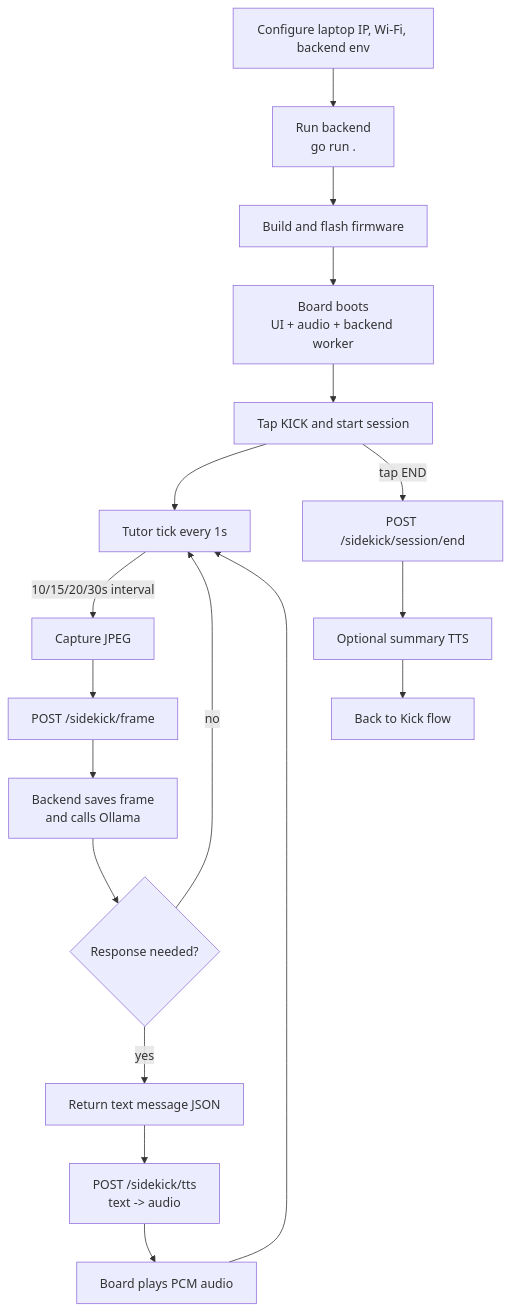
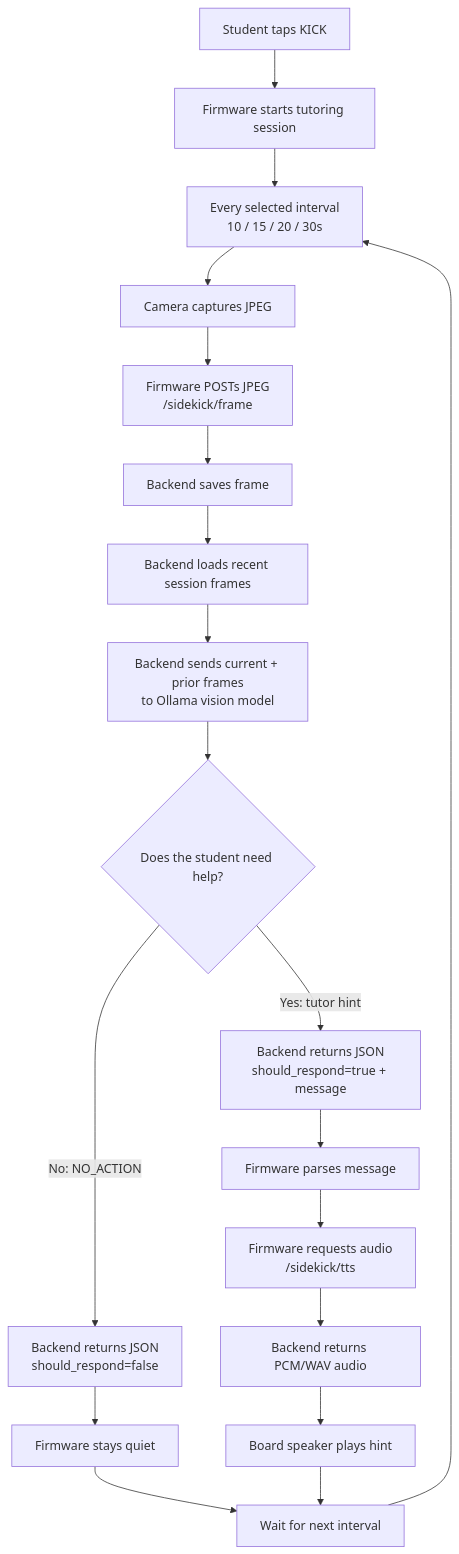
Before and after one commit to lifeadventurer/sidekick: the second of 2 diagrams in docs/sidekick-architecture.md, drawn with Mermaid. The commit also changed other lines of this file, not shown here.

Commit message:
simplify graph

````diff
--- a/docs/sidekick-architecture.md
+++ b/docs/sidekick-architecture.md
@@ -78,20 +40,25 @@
 ```mermaid
 flowchart TD
-    Setup["Configure laptop IP, Wi-Fi, backend env"] --> BackendRun["Run backend<br/>go run ."]
-    BackendRun --> BuildFlash["Build and flash firmware"]
-    BuildFlash --> Boot["Board boots<br/>UI + audio + backend worker"]
-    Boot --> Start["Tap KICK and start session"]
-    Start --> Tick["Tutor tick every 1s"]
-    Tick -->|10/15/20/30s interval| Capture["Capture JPEG"]
-    Capture --> Upload["POST /sidekick/frame"]
-    Upload --> Analyze["Backend saves frame<br/>and calls Ollama"]
-    Analyze --> Decision{"Response needed?"}
-    Decision -->|no| Tick
-    Decision -->|yes| Message["Return text message JSON"]
-    Message --> Speech["POST /sidekick/tts<br/>text -> audio"]
-    Speech --> Play["Board plays PCM audio"]
-    Play --> Tick
-    Start -->|tap END| Summary["POST /sidekick/session/end"]
-    Summary --> SummaryAudio["Optional summary TTS"]
-    SummaryAudio --> Done["Back to Kick flow"]
+    Start["Student taps KICK"] --> Timer["Firmware starts tutoring session"]
+    Timer --> Interval["Every selected interval<br/>10 / 15 / 20 / 30s"]
+    Interval --> Capture["Camera captures JPEG"]
+    Capture --> Upload["Firmware POSTs JPEG<br/>/sidekick/frame"]
+
+    Upload --> Save["Backend saves frame"]
+    Save --> Context["Backend loads recent session frames"]
+    Context --> Ollama["Backend sends current + prior frames<br/>to Ollama vision model"]
+    Ollama --> Decision{"Does the student need help?"}
+
+    Decision -->|No: NO_ACTION| QuietJSON["Backend returns JSON<br/>should_respond=false"]
+    QuietJSON --> Quiet["Firmware stays quiet"]
+
+    Decision -->|Yes: tutor hint| HintJSON["Backend returns JSON<br/>should_respond=true + message"]
+    HintJSON --> Parse["Firmware parses message"]
+    Parse --> TTS["Firmware requests audio<br/>/sidekick/tts"]
+    TTS --> Audio["Backend returns PCM/WAV audio"]
+    Audio --> Play["Board speaker plays hint"]
+
+    Quiet --> Wait["Wait for next interval"]
+    Play --> Wait
+    Wait --> Interval
 ```
````
